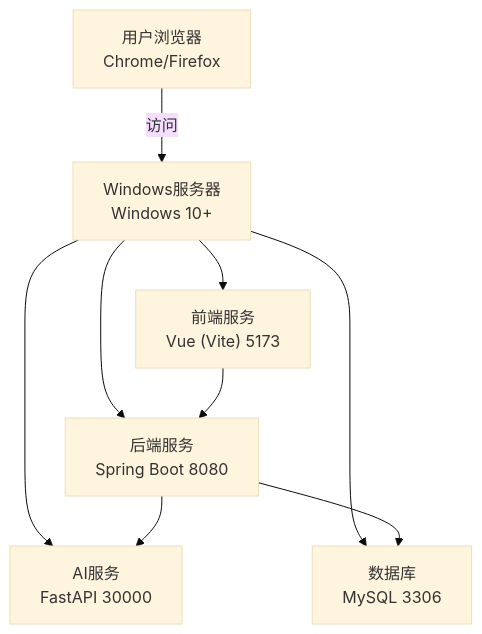
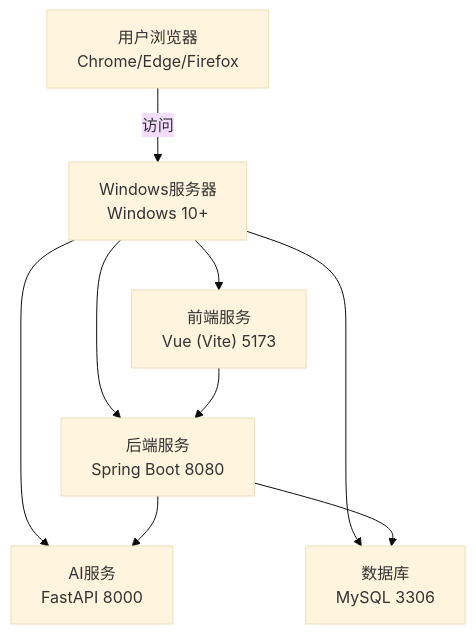
Before and after one commit to ywmxp/AI-Personalized-Private-Health-Management-System: the eighth of 11 diagrams in docs/requirements/软件体系结构设计文档v2.md, drawn with Mermaid (base theme). The commit also changed other lines of this file and 2 other files, not shown here.

````diff
--- a/docs/requirements/软件体系结构设计文档v2.md
+++ b/docs/requirements/软件体系结构设计文档v2.md
@@ -430,12 +432,12 @@
 ```mermaid
 graph TD
-    Client["用户浏览器<br/>Chrome/Firefox"] -->|访问| Server["Windows服务器<br/>Windows 10+"]
+    Client["用户浏览器<br/>Chrome/Edge/Firefox"] -->|访问| Server["Windows服务器<br/>Windows 10+"]
     Server --> FrontEnd["前端服务<br/>Vue (Vite) 5173"]
     Server --> BackEnd["后端服务<br/>Spring Boot 8080"]
-    Server --> AIService["AI服务<br/>FastAPI 30000"]
+    Server --> AIService["AI服务<br/>FastAPI 8000"]
     Server --> Database["数据库<br/>MySQL 3306"]
 
     FrontEnd --> BackEnd
     BackEnd --> AIService
     BackEnd --> Database
 ```
````
